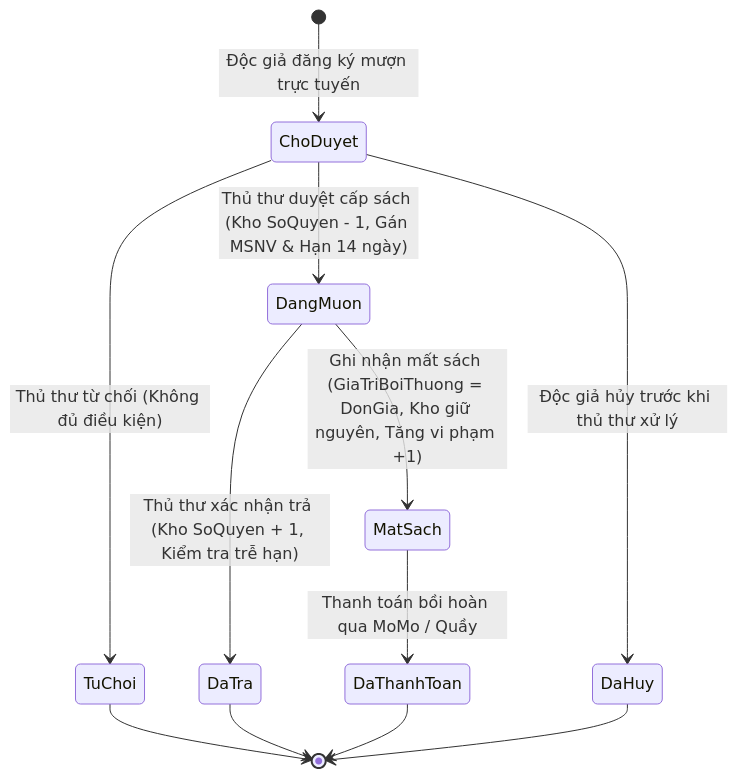
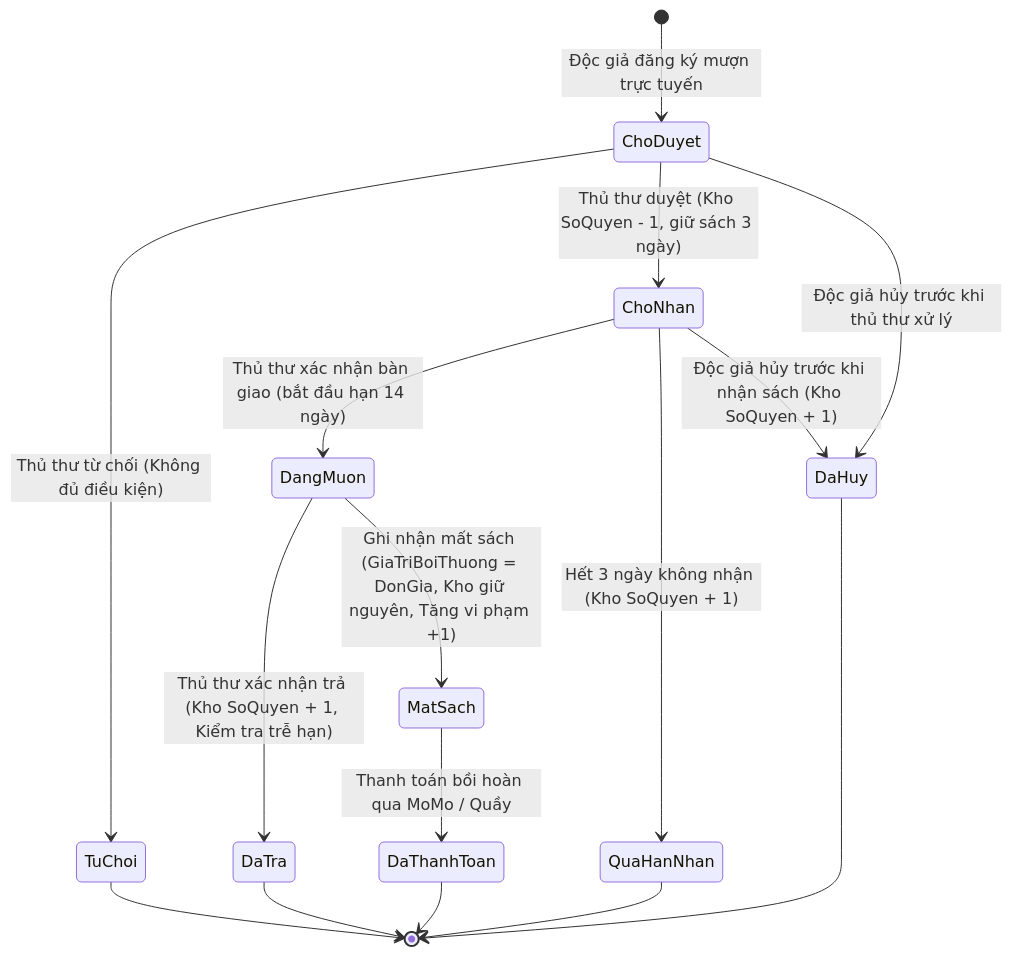
One commit to TranAnhVu2005/B2306603_Tran_Anh_Vu_Manage_Book_At_Library changed the diagram in docs/04_FLOW_LOGIC.md. Above: the diagram before and after it, drawn with Mermaid. The commit also changed other lines of this file and 22 other files, not shown here.

````diff
--- a/docs/04_FLOW_LOGIC.md
+++ b/docs/04_FLOW_LOGIC.md
@@ -9,14 +9,18 @@
 ```mermaid
 stateDiagram-v2
     [*] --> ChoDuyet: Độc giả đăng ký mượn trực tuyến
     ChoDuyet --> TuChoi: Thủ thư từ chối (Không đủ điều kiện)
-    ChoDuyet --> DangMuon: Thủ thư duyệt cấp sách (Kho SoQuyen - 1, Gán MSNV & Hạn 14 ngày)
+    ChoDuyet --> ChoNhan: Thủ thư duyệt (Kho SoQuyen - 1, giữ sách 3 ngày)
+    ChoNhan --> DangMuon: Thủ thư xác nhận bàn giao (bắt đầu hạn 14 ngày)
+    ChoNhan --> QuaHanNhan: Hết 3 ngày không nhận (Kho SoQuyen + 1)
     ChoDuyet --> DaHuy: Độc giả hủy trước khi thủ thư xử lý
+    ChoNhan --> DaHuy: Độc giả hủy trước khi nhận sách (Kho SoQuyen + 1)
     DangMuon --> DaTra: Thủ thư xác nhận trả (Kho SoQuyen + 1, Kiểm tra trễ hạn)
     DangMuon --> MatSach: Ghi nhận mất sách (GiaTriBoiThuong = DonGia, Kho giữ nguyên, Tăng vi phạm +1)
     MatSach --> DaThanhToan: Thanh toán bồi hoàn qua MoMo / Quầy
     DaTra --> [*]
     TuChoi --> [*]
     DaHuy --> [*]
+    QuaHanNhan --> [*]
     DaThanhToan --> [*]
 ```
````
